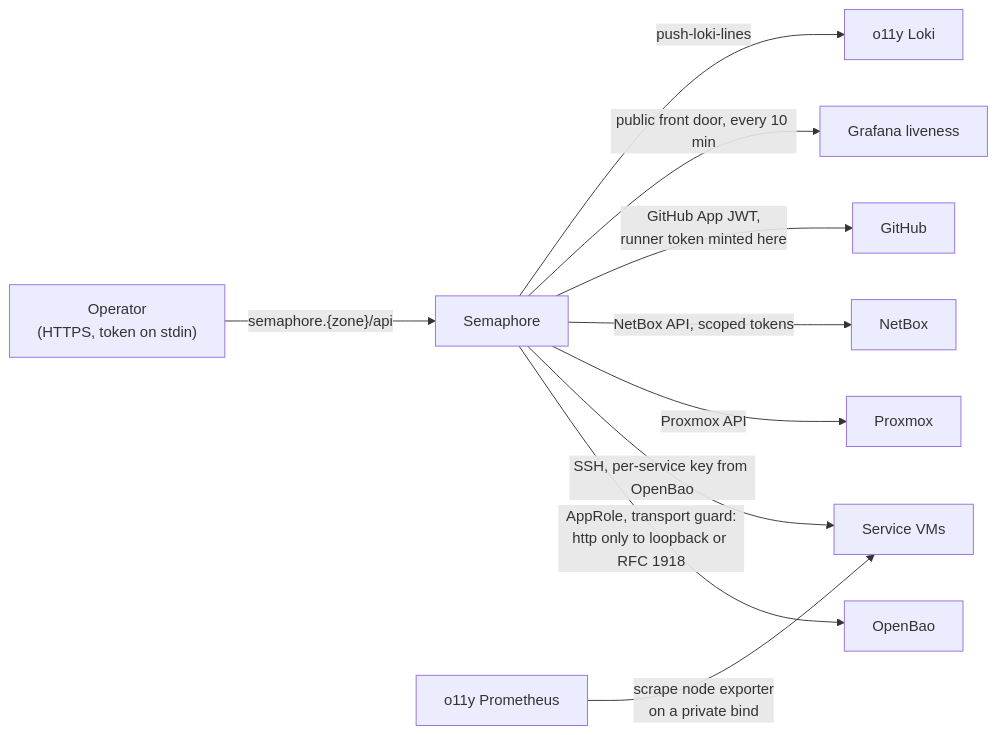
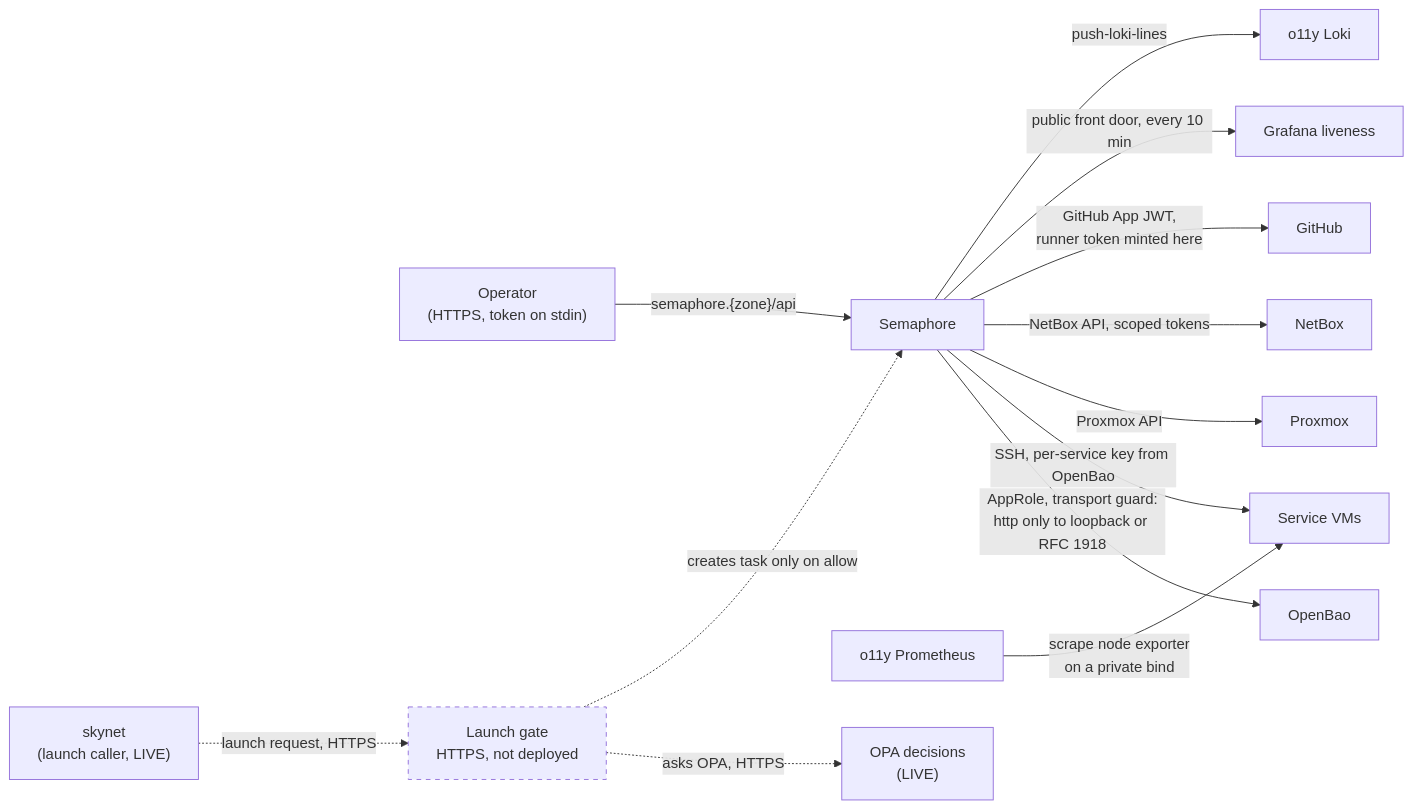
Before and after one commit to uhstray-io/agent-cloud: diagram 11 of 14 in plan/architecture/network-architecture.md, drawn with Mermaid. The commit also changed other lines of this file, not shown here.

First line of the commit message:
docs(architecture): correct the network map against the repository

````diff
--- a/plan/architecture/network-architecture.md
+++ b/plan/architecture/network-architecture.md
@@ -472,12 +485,16 @@
 ```mermaid
 flowchart LR
     OP["Operator<br/>(HTTPS, token on stdin)"] -->|"semaphore.{zone}/api"| SEM["Semaphore"]
     SEM -->|"AppRole, transport guard:<br/>http only to loopback or RFC 1918"| BAO["OpenBao"]
     SEM -->|"SSH, per-service key from OpenBao"| VMS["Service VMs"]
     SEM -->|"Proxmox API"| PVE["Proxmox"]
     SEM -->|"NetBox API, scoped tokens"| NB["NetBox"]
     SEM -->|"GitHub App JWT,<br/>runner token minted here"| GH["GitHub"]
     SEM -->|"public front door, every 10 min"| GRAF["Grafana liveness"]
     PROM["o11y Prometheus"] -->|"scrape node exporter<br/>on a private bind"| VMS
     SEM -->|"push-loki-lines"| LOKI["o11y Loki"]
+    SKY["skynet<br/>(launch caller, LIVE)"] -.->|"launch request, HTTPS"| LG["Launch gate<br/>HTTPS, not deployed"]
+    LG -.->|"asks OPA, HTTPS"| OPA["OPA decisions<br/>(LIVE)"]
+    LG -.->|"creates task only on allow"| SEM
+    style LG stroke-dasharray: 5 5
 ```
````
